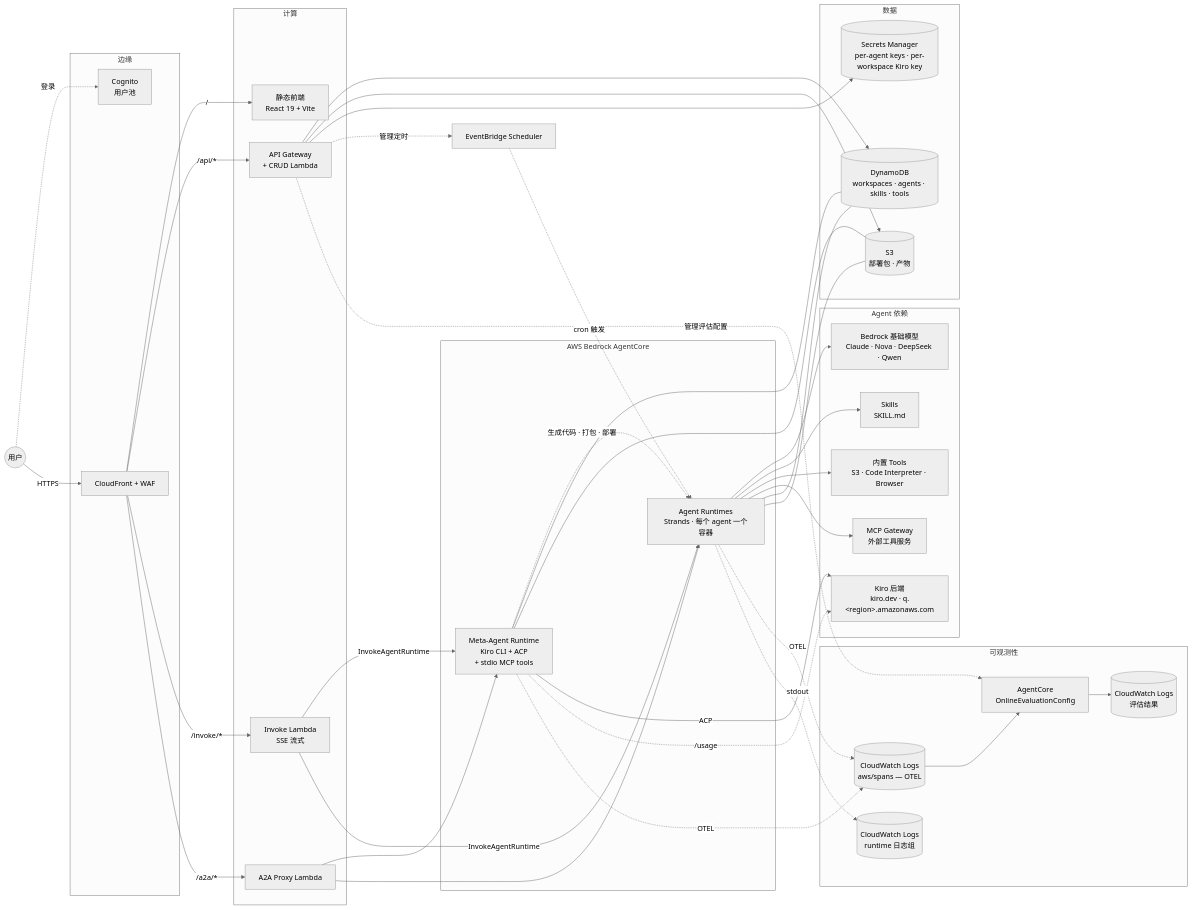
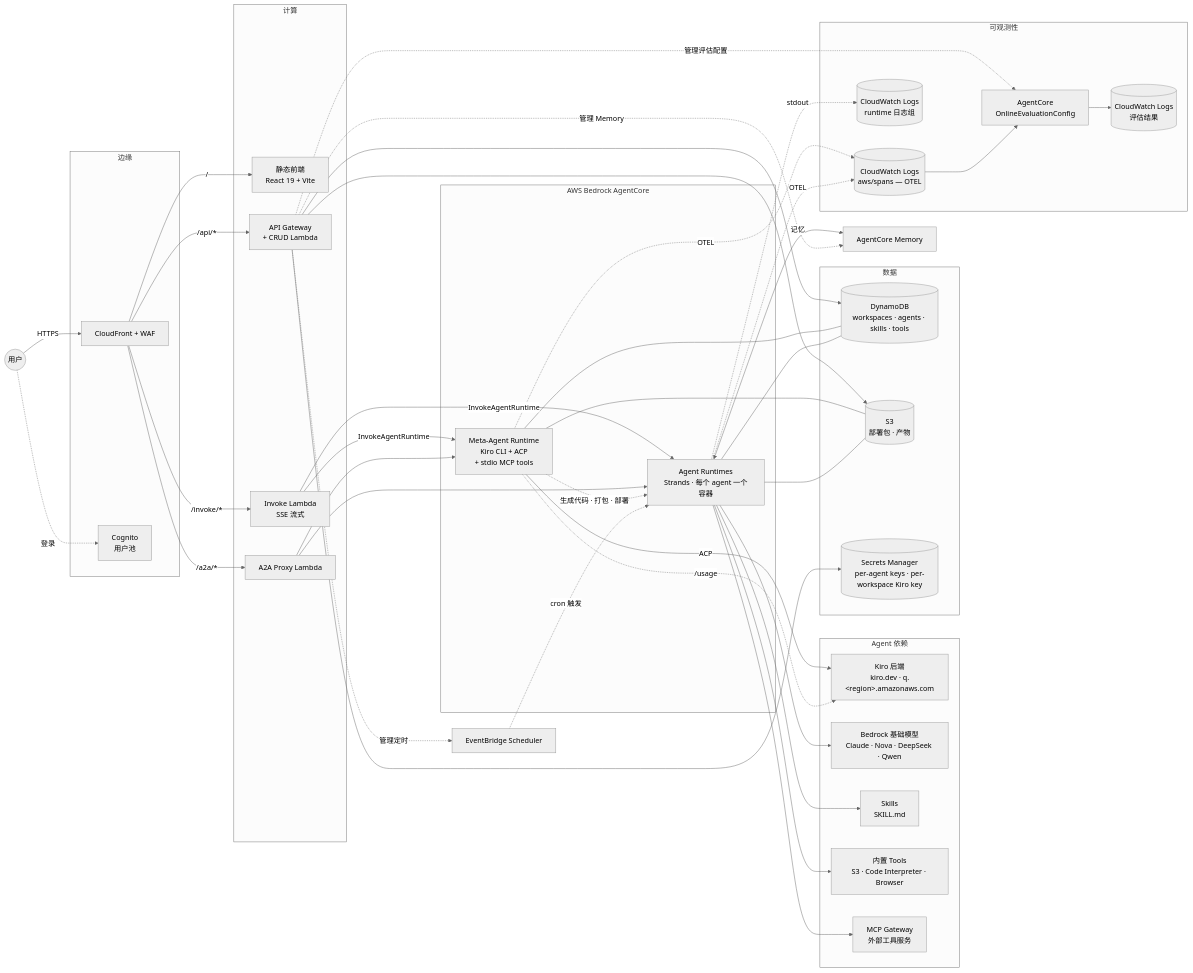
The first of 2 diagrams in docs/architecture.md (ddpie/agent-studio), drawn with Mermaid (neutral theme) before and after one commit. The commit also changed other lines of this file, not shown here.

Commit message:
docs(architecture): add Memory + Observability frontend sections

```diff
--- a/docs/architecture.md
+++ b/docs/architecture.md
@@ -75,8 +75,11 @@
     Agents --> Skills
     Agents --> Tools
     Agents --> MCP
+    Agents <-->|记忆| Memory[AgentCore Memory]
     Agents --- DDB
     Agents --- S3
+
+    API -.管理 Memory.-> Memory
 
     EB -.cron 触发.-> Agents
 
```
